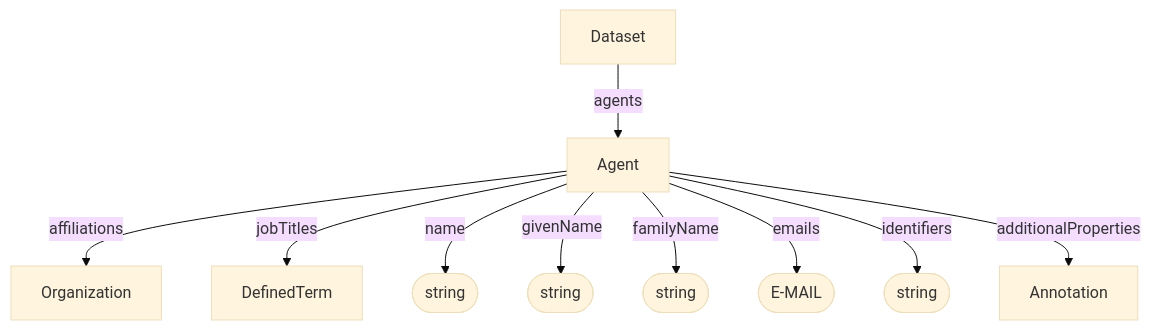
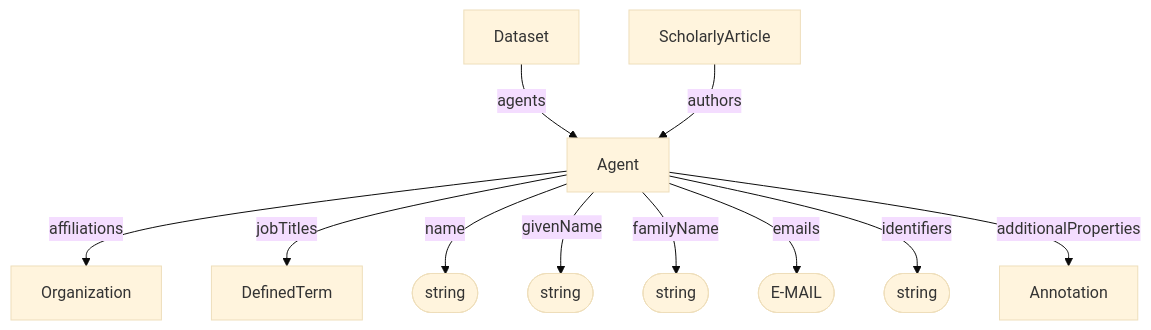
Before and after one commit to HLWeil/ARC-base-model: the diagram in docs/spec/administrative/Agent.md, drawn with Mermaid (base theme). The commit also changed 1 other file, not shown here.

Commit message:
docs: align scholarly article fields with administrative conventions
Add explicit cardinalities, optional internal-ID semantics, plural collections,
and recommended Schema.org mappings. Keep creativeWorkStatus optional and
singular, and describe authors as human or software agents.

Update article diagram labels and show article authorship in the Agent diagram.

````diff
--- a/docs/spec/administrative/Agent.md
+++ b/docs/spec/administrative/Agent.md
@@ -33,19 +33,20 @@
 ```mermaid
 flowchart TD
 
     n@{ shape: stadium, label: "string" }
     gn@{ shape: stadium, label: "string" }
     fn@{ shape: stadium, label: "string" }
     e@{ shape: stadium, label: "E-MAIL" }
     i@{ shape: stadium, label: "string" }
 
     Dataset --agents--> Agent
+    ScholarlyArticle --authors--> Agent
     Agent --affiliations--> Organization
     Agent --jobTitles--> DefinedTerm
     Agent --name--> n
     Agent --givenName--> gn
     Agent --familyName--> fn
     Agent --emails--> e
     Agent --identifiers--> i
     Agent --additionalProperties--> Annotation
 ```
````
